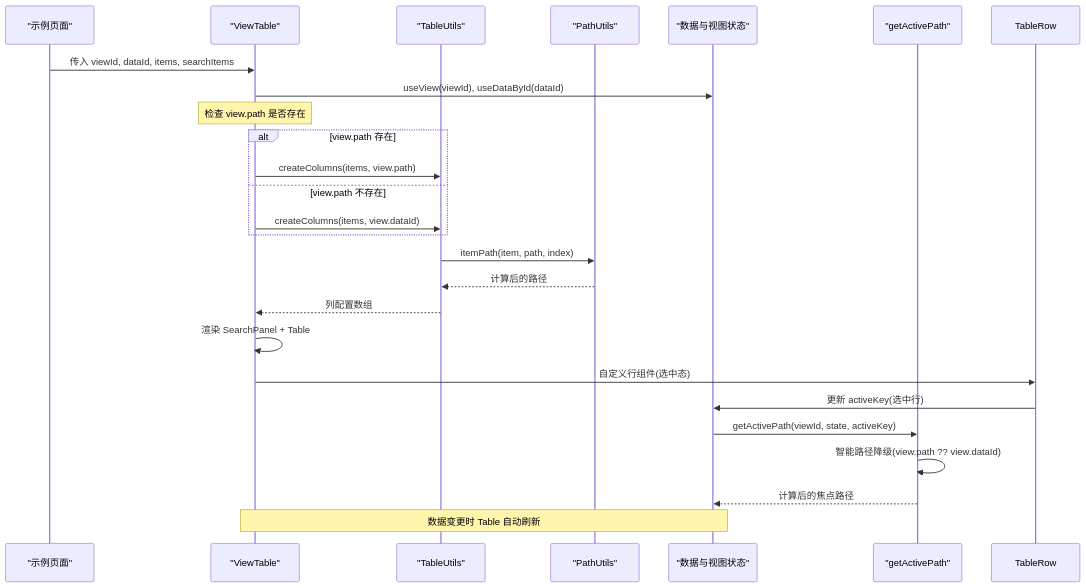
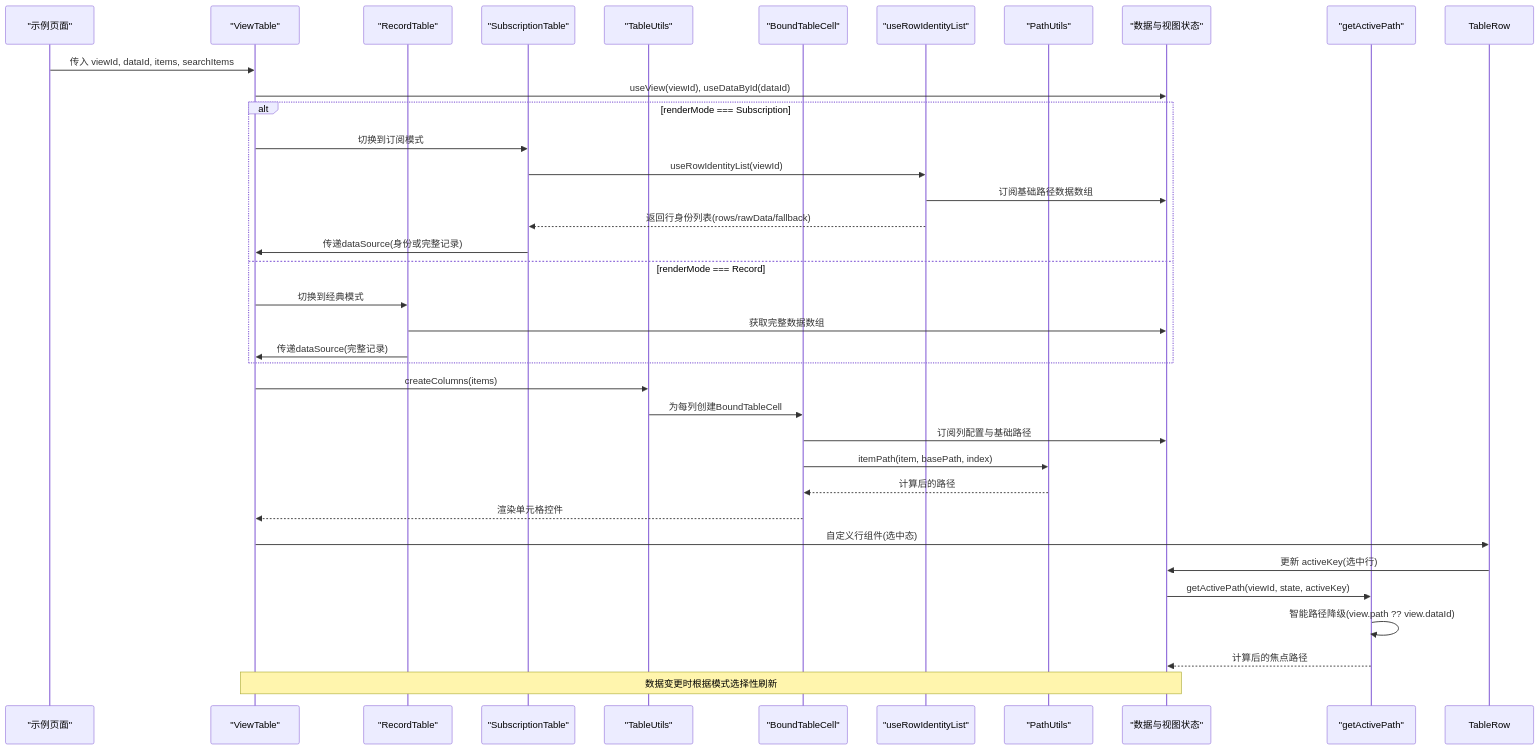
The second of 8 diagrams in .qoder/repowiki/zh/content/组件库/数据组件/表格组件.md (liqiongke/FrontArk), drawn with Mermaid before and after one commit. The commit also changed other lines of this file and 20 other files, not shown here.

````diff
--- a/.qoder/repowiki/zh/content/组件库/数据组件/表格组件.md
+++ b/.qoder/repowiki/zh/content/组件库/数据组件/表格组件.md
@@ -115,27 +127,38 @@
 ```mermaid
 sequenceDiagram
 participant Page as "示例页面"
 participant View as "ViewTable"
+participant RecordMode as "RecordTable"
+participant SubMode as "SubscriptionTable"
 participant Utils as "TableUtils"
+participant Cell as "BoundTableCell"
+participant Identity as "useRowIdentityList"
 participant PathUtil as "PathUtils"
 participant Store as "数据与视图状态"
 participant ActivePath as "getActivePath"
 Page->>View : 传入 viewId, dataId, items, searchItems
 View->>Store : useView(viewId), useDataById(dataId)
-Note over View : 检查 view.path 是否存在
-alt view.path 存在
-View->>Utils : createColumns(items, view.path)
-else view.path 不存在
-View->>Utils : createColumns(items, view.dataId)
+alt renderMode === Subscription
+View->>SubMode : 切换到订阅模式
+SubMode->>Identity : useRowIdentityList(viewId)
+Identity->>Store : 订阅基础路径数据数组
+Identity-->>SubMode : 返回行身份列表(rows/rawData/fallback)
+SubMode->>View : 传递dataSource(身份或完整记录)
+else renderMode === Record
+View->>RecordMode : 切换到经典模式
+RecordMode->>Store : 获取完整数据数组
+RecordMode->>View : 传递dataSource(完整记录)
 end
-Utils->>PathUtil : itemPath(item, path, index)
-PathUtil-->>Utils : 计算后的路径
-Utils-->>View : 列配置数组
-View->>View : 渲染 SearchPanel + Table
+View->>Utils : createColumns(items)
+Utils->>Cell : 为每列创建BoundTableCell
+Cell->>Store : 订阅列配置与基础路径
+Cell->>PathUtil : itemPath(item, basePath, index)
+PathUtil-->>Cell : 计算后的路径
+Cell-->>View : 渲染单元格控件
 View->>TableRow : 自定义行组件(选中态)
 TableRow->>Store : 更新 activeKey(选中行)
 Store->>ActivePath : getActivePath(viewId, state, activeKey)
 ActivePath->>ActivePath : 智能路径降级(view.path ?? view.dataId)
 ActivePath-->>Store : 计算后的焦点路径
-Note over View,Store : 数据变更时 Table 自动刷新
+Note over View,Store : 数据变更时根据模式选择性刷新
 ```
````
